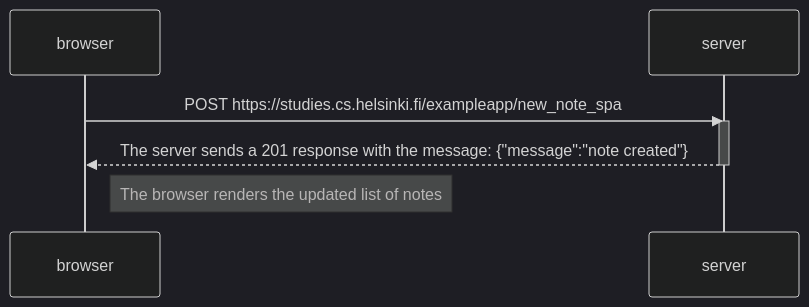
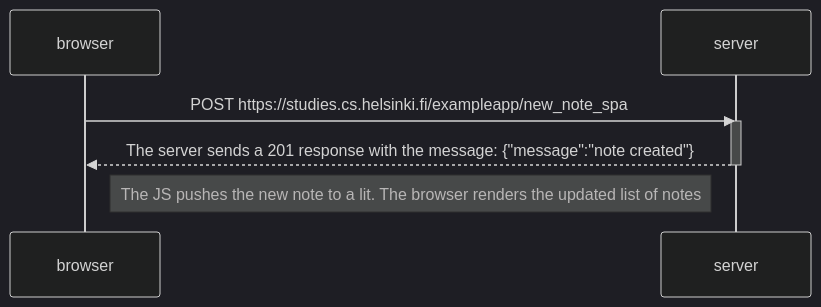
One commit to JAlblas/fullstackopen changed the diagram in part0/exercise_0_6.md. Above: the diagram before and after it, drawn with Mermaid (dark theme).

Commit message:
edit that did not come along in previous commit

````diff
--- a/part0/exercise_0_6.md
+++ b/part0/exercise_0_6.md
@@ -6,12 +6,12 @@
 ```mermaid
     sequenceDiagram
         participant browser
         participant server
 
          browser->>server: POST https://studies.cs.helsinki.fi/exampleapp/new_note_spa
         activate server
         server-->>browser: The server sends a 201 response with the message: {"message":"note created"}
         deactivate server
 
-        Note right of browser: The browser renders the updated list of notes
+        Note right of browser: The JS pushes the new note to a lit. The browser renders the updated list of notes
 ```
````
